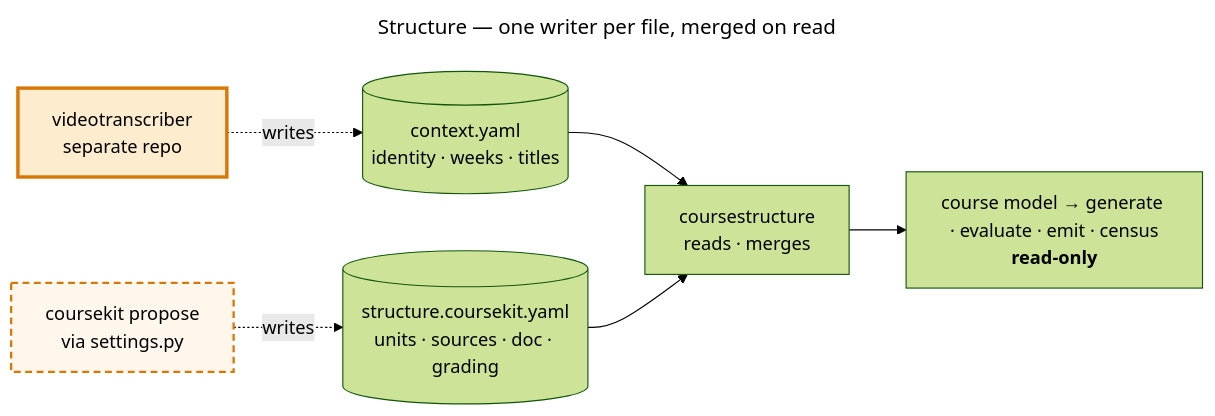
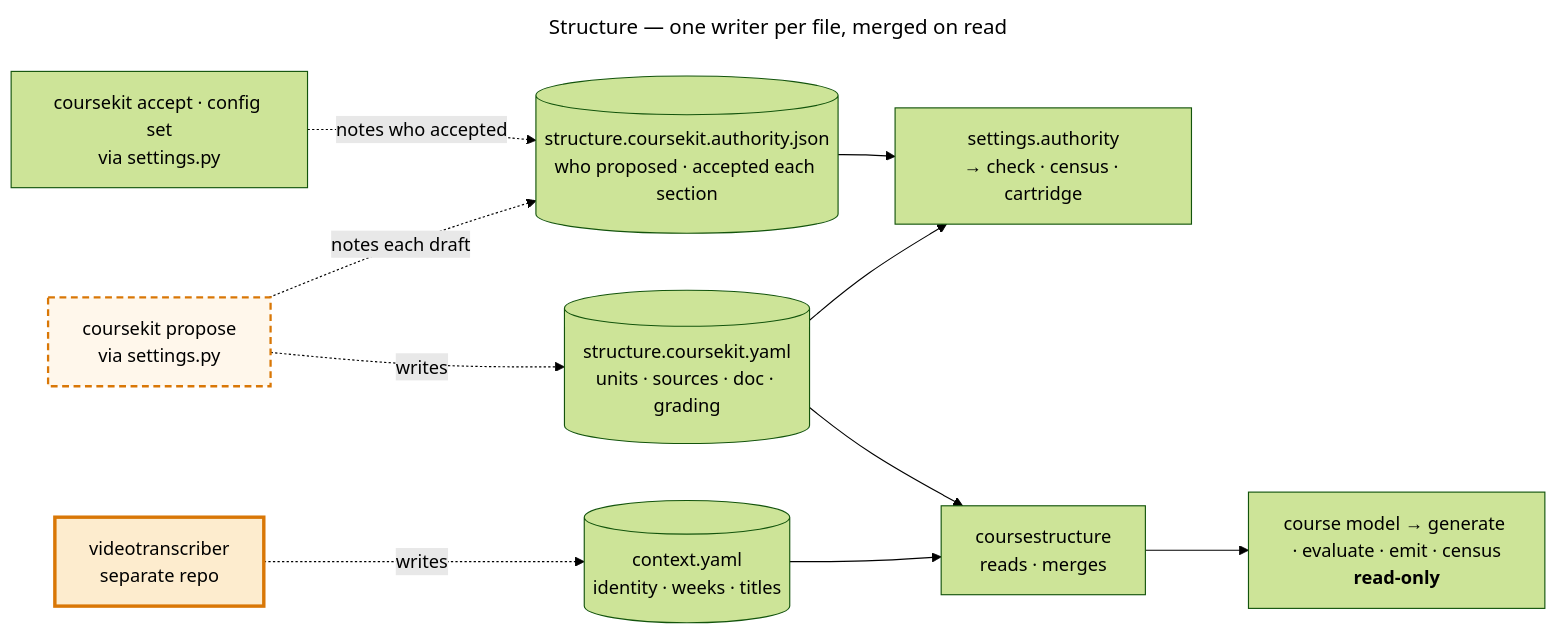
The second of 3 diagrams in agent/architecture.md (andrew-atkinson/courseKit), drawn with Mermaid (forest theme) before and after one commit. The commit also changed other lines of this file and 8 other files, not shown here.

````diff
--- a/agent/architecture.md
+++ b/agent/architecture.md
@@ -108,16 +108,19 @@
 ```mermaid
 ---
 title: Structure — one writer per file, merged on read
 ---
 flowchart LR
     vt2["videotranscriber<br/>separate repo"] -. "writes" .-> ctx2[("context.yaml<br/>identity · weeks · titles")]
     prop["coursekit propose<br/>via settings.py"] -. "writes" .-> ov[("structure.coursekit.yaml<br/>units · sources · doc · grading")]
+    prop -. "notes each draft" .-> auth[("structure.coursekit.authority.json<br/>who proposed · accepted each section")]
+    acc["coursekit accept · config set<br/>via settings.py"] -. "notes who accepted" .-> auth
+    ov & auth --> who["settings.authority<br/>→ check · census · cartridge"]
     ctx2 --> reader["coursestructure<br/>reads · merges"]
     ov --> reader
     reader --> gen["course model → generate · evaluate · emit · census<br/><b>read-only</b>"]
 
     classDef model fill:#f59e0b33,stroke:#d97706,stroke-width:3px
     classDef maybe fill:#f59e0b14,stroke:#d97706,stroke-width:2px,stroke-dasharray:6 4
     class vt2 model
     class prop maybe
 ```
````
